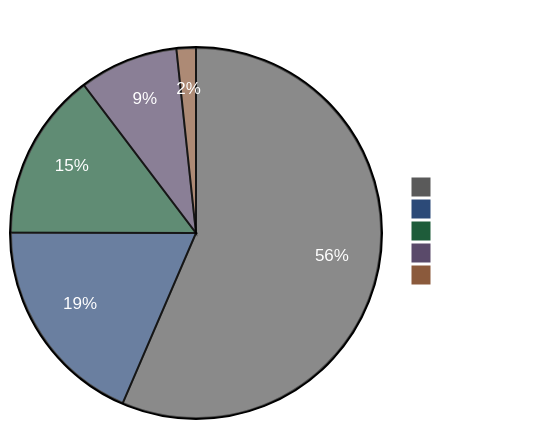
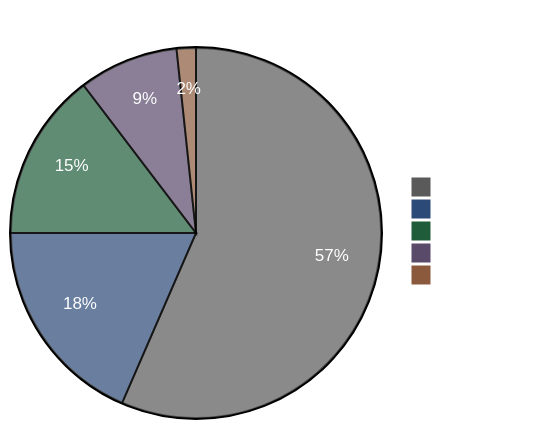
Before and after one commit to ccmeteorljh/reco-arxiv-daily: the diagram in README.md, drawn with Mermaid. The commit also changed other lines of this file and 7 other files, not shown here.

````diff
--- a/README.md
+++ b/README.md
@@ -6,19 +6,19 @@
 ```mermaid
 %%{init: {'theme':'base', 'themeVariables': {
   'pie1':'#5a5a5a',
   'pie2':'#2c4a78',
   'pie3':'#1e5c3a',
   'pie4':'#5a4a6a',
   'pie5':'#8b5a3c',
   'pieTitleTextColor':'#ffffff',
   'pieSectionTextColor':'#ffffff',
   'pieLegendTextColor':'#ffffff'
 }}}%%
 pie showData
 title Paper Distribution by Tag
-  "Other" : 602
+  "Other" : 606
   "LLM" : 198
-  "GR" : 156
-  "Seq" : 92
+  "GR" : 157
+  "Seq" : 93
   "Scaling" : 18
 ```
````
